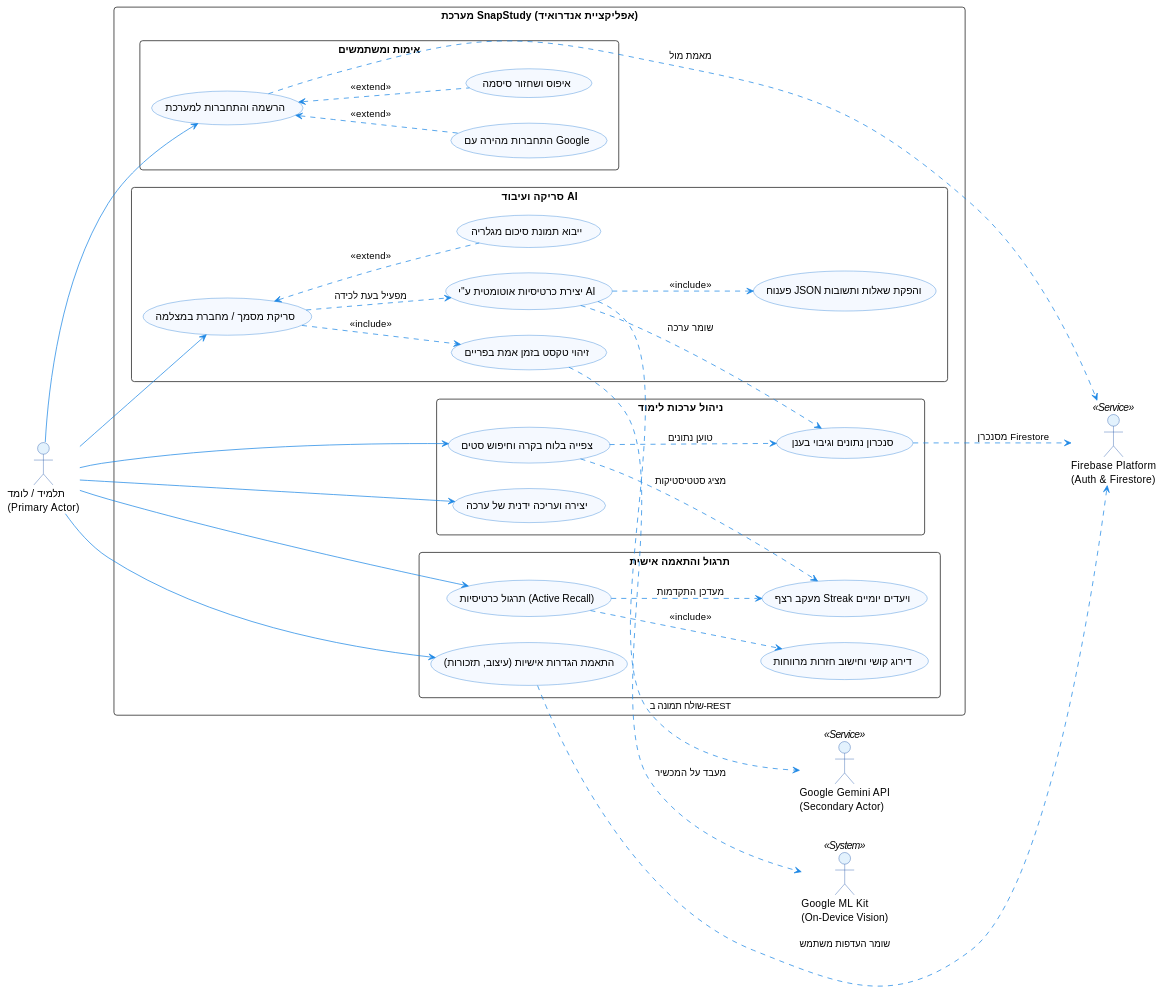
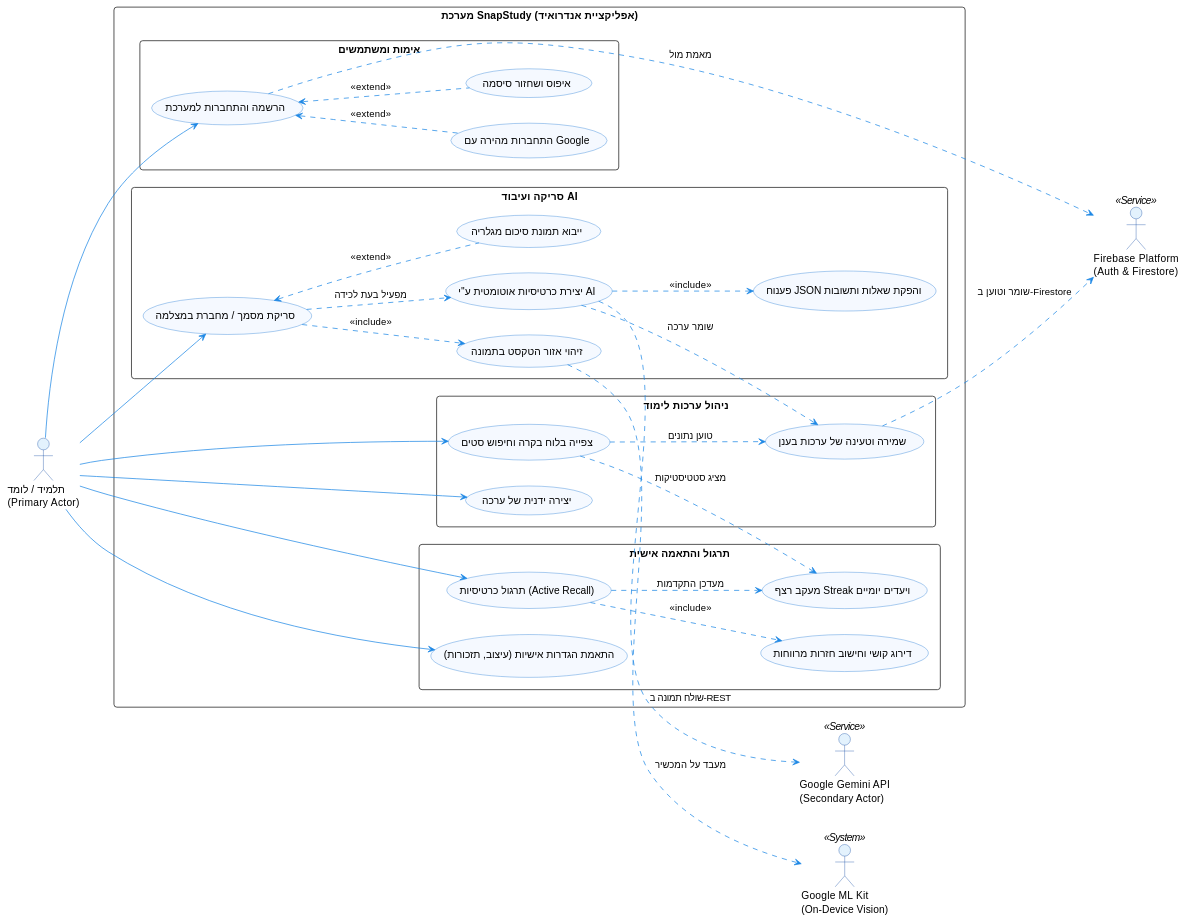
The first of 2 diagrams in SnapStudy_Project_Book_5Units.md (yaheli-mil/SnapStudy), drawn with PlantUML before and after one commit. The commit also changed other lines of this file and 40 other files, not shown here.

````diff
--- a/SnapStudy_Project_Book_5Units.md
+++ b/SnapStudy_Project_Book_5Units.md
@@ -144,7 +144,7 @@
     
     package "סריקה ועיבוד AI" {
         usecase "סריקת מסמך / מחברת במצלמה" as UC_Scan
-        usecase "זיהוי טקסט בזמן אמת בפריים" as UC_MLDetect
+        usecase "זיהוי אזור הטקסט בתמונה" as UC_MLDetect
         usecase "ייבוא תמונת סיכום מגלריה" as UC_Gallery
         usecase "יצירת כרטיסיות אוטומטית ע''י AI" as UC_GenerateAI
         usecase "פענוח JSON והפקת שאלות ותשובות" as UC_ParseAI
@@ -152,8 +152,8 @@
     
     package "ניהול ערכות לימוד" {
         usecase "צפייה בלוח בקרה וחיפוש סטים" as UC_Dashboard
-        usecase "יצירה ועריכה ידנית של ערכה" as UC_ManualSet
-        usecase "סנכרון נתונים וגיבוי בענן" as UC_SyncCloud
+        usecase "יצירה ידנית של ערכה" as UC_ManualSet
+        usecase "שמירה וטעינה של ערכות בענן" as UC_SyncCloud
     }
     
     package "תרגול והתאמה אישית" {
@@ -194,8 +194,7 @@
 UC_Dashboard ..> UC_SyncCloud : טוען נתונים
 
 ' ענן
-UC_SyncCloud ..> Firebase : מסנכרן Firestore
-UC_Settings ..> Firebase : שומר העדפות משתמש
+UC_SyncCloud ..> Firebase : שומר וטוען ב-Firestore
 
 @enduml
 ```
````
